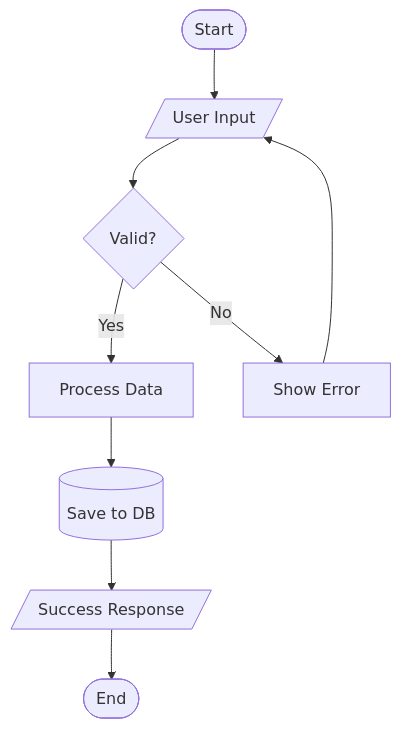
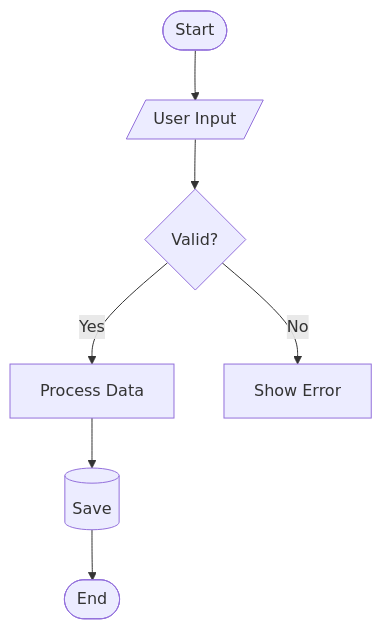
One commit to qazuor/claude-code-config changed the first of 8 diagrams in templates/skills/tech/mermaid-diagram-specialist.md. Above: the diagram before and after it, drawn with Mermaid. The commit also changed other lines of this file and 26 other files, not shown here.

````diff
--- a/templates/skills/tech/mermaid-diagram-specialist.md
+++ b/templates/skills/tech/mermaid-diagram-specialist.md
@@ -97,11 +46,9 @@
 ```mermaid
 flowchart TD
     Start([Start]) --> Input[/User Input/]
     Input --> Validate{Valid?}
     Validate -->|Yes| Process[Process Data]
     Validate -->|No| Error[Show Error]
-    Error --> Input
-    Process --> Save[(Save to DB)]
-    Save --> Success[/Success Response/]
-    Success --> End([End])
+    Process --> Save[(Save)]
+    Save --> End([End])
 ```
````
